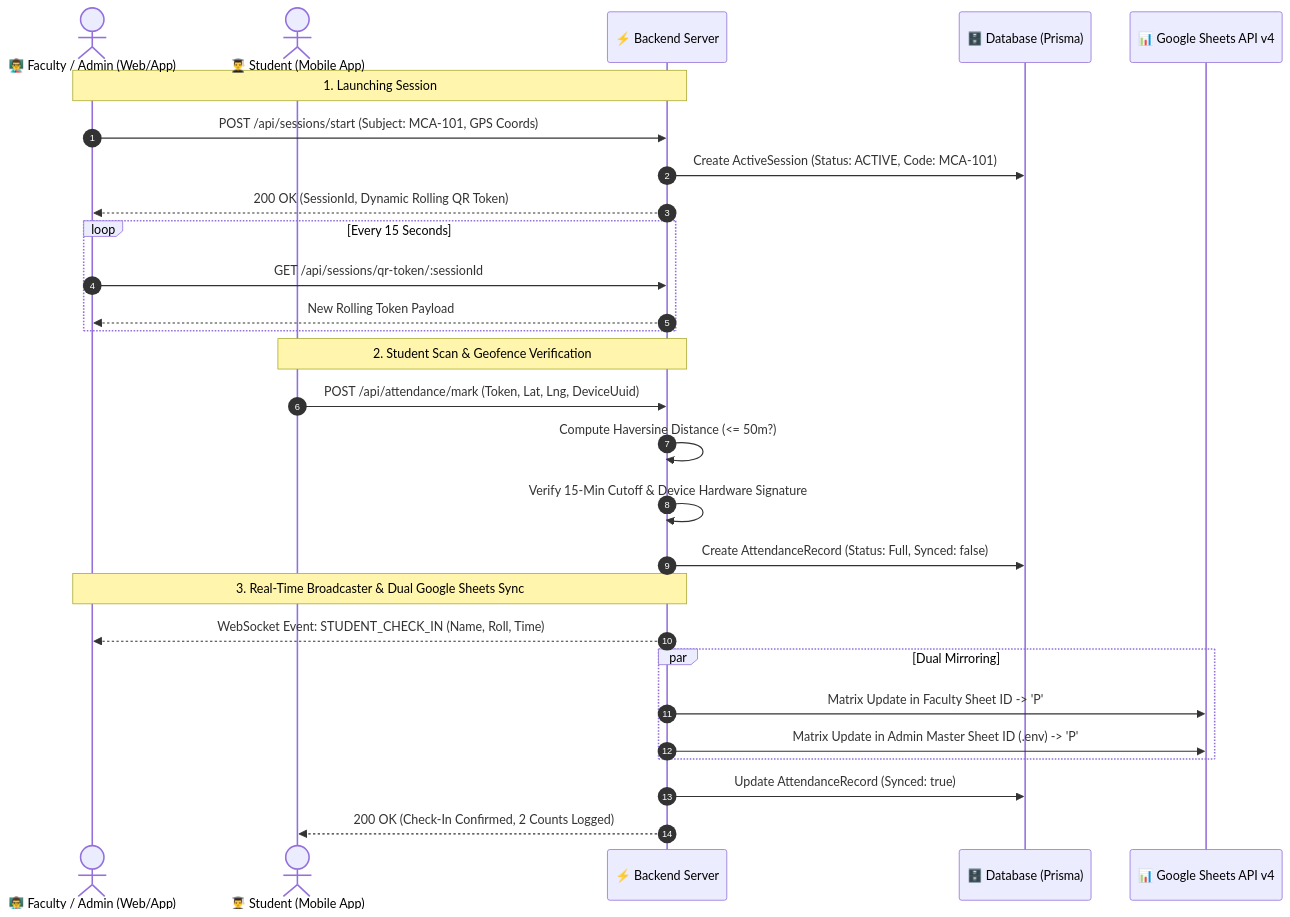
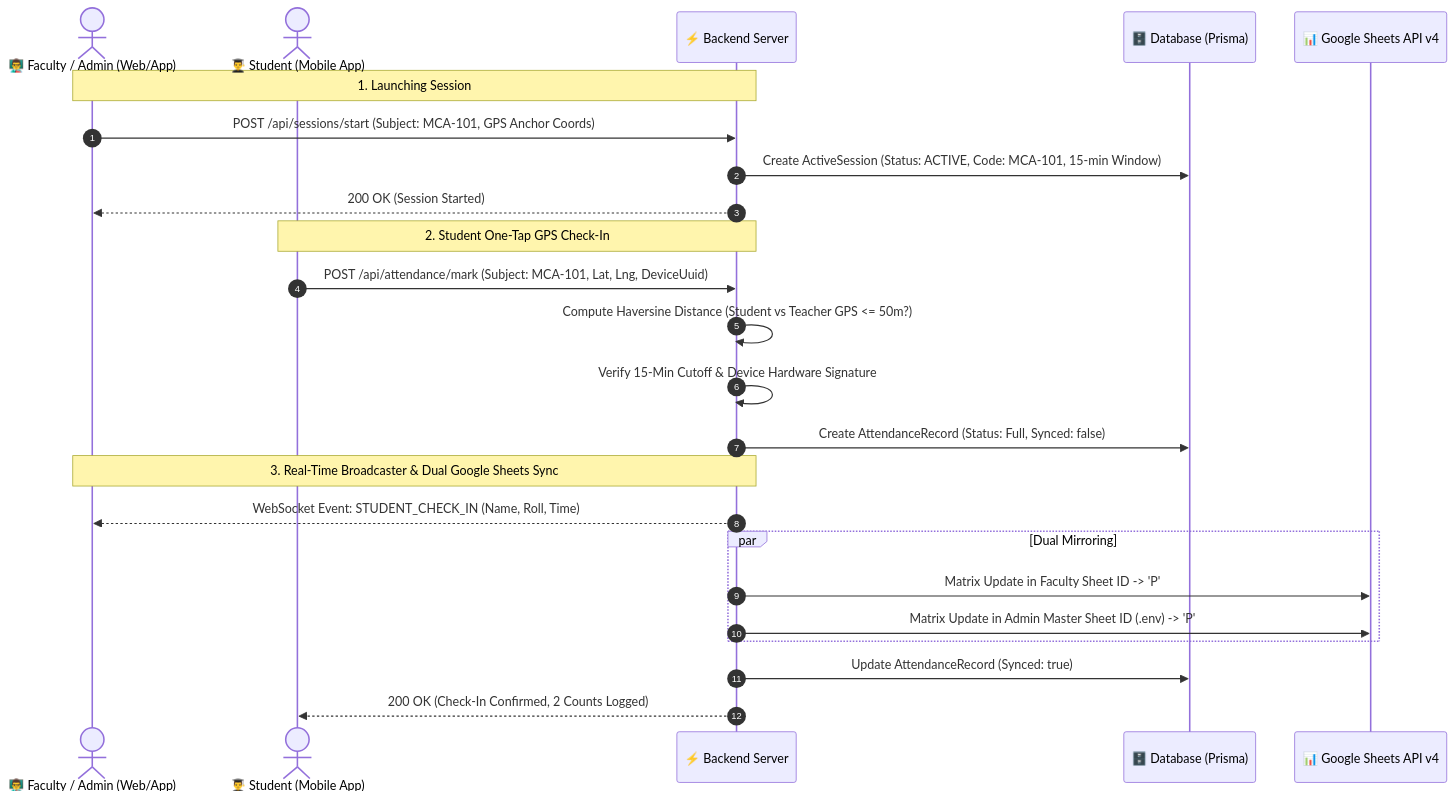
The third of 3 diagrams in SYSTEM_MANUAL.md (bugsnaxor-exe/Smart-Student-Attendance-System), drawn with Mermaid before and after one commit. The commit also changed other lines of this file, not shown here.

Commit message:
update documentation to pure 1-tap GPS geofence checkin

````diff
--- a/SYSTEM_MANUAL.md
+++ b/SYSTEM_MANUAL.md
@@ -271,34 +271,29 @@
 ```mermaid
 sequenceDiagram
     autonumber
     actor T as 👨‍🏫 Faculty / Admin (Web/App)
     actor S as 👨‍🎓 Student (Mobile App)
     participant B as ⚡ Backend Server
     participant DB as 🗄️ Database (Prisma)
     participant GS as 📊 Google Sheets API v4
 
     Note over T,B: 1. Launching Session
-    T->>B: POST /api/sessions/start (Subject: MCA-101, GPS Coords)
-    B->>DB: Create ActiveSession (Status: ACTIVE, Code: MCA-101)
-    B-->>T: 200 OK (SessionId, Dynamic Rolling QR Token)
-    
-    loop Every 15 Seconds
-        T->>B: GET /api/sessions/qr-token/:sessionId
-        B-->>T: New Rolling Token Payload
-    end
+    T->>B: POST /api/sessions/start (Subject: MCA-101, GPS Anchor Coords)
+    B->>DB: Create ActiveSession (Status: ACTIVE, Code: MCA-101, 15-min Window)
+    B-->>T: 200 OK (Session Started)
 
-    Note over S,B: 2. Student Scan & Geofence Verification
-    S->>B: POST /api/attendance/mark (Token, Lat, Lng, DeviceUuid)
-    B->>B: Compute Haversine Distance (<= 50m?)
+    Note over S,B: 2. Student One-Tap GPS Check-In
+    S->>B: POST /api/attendance/mark (Subject: MCA-101, Lat, Lng, DeviceUuid)
+    B->>B: Compute Haversine Distance (Student vs Teacher GPS <= 50m?)
     B->>B: Verify 15-Min Cutoff & Device Hardware Signature
     B->>DB: Create AttendanceRecord (Status: Full, Synced: false)
 
     Note over B,T: 3. Real-Time Broadcaster & Dual Google Sheets Sync
     B-->>T: WebSocket Event: STUDENT_CHECK_IN (Name, Roll, Time)
     par Dual Mirroring
         B->>GS: Matrix Update in Faculty Sheet ID -> 'P'
         B->>GS: Matrix Update in Admin Master Sheet ID (.env) -> 'P'
     end
     B->>DB: Update AttendanceRecord (Synced: true)
     B-->>S: 200 OK (Check-In Confirmed, 2 Counts Logged)
 ```
````
